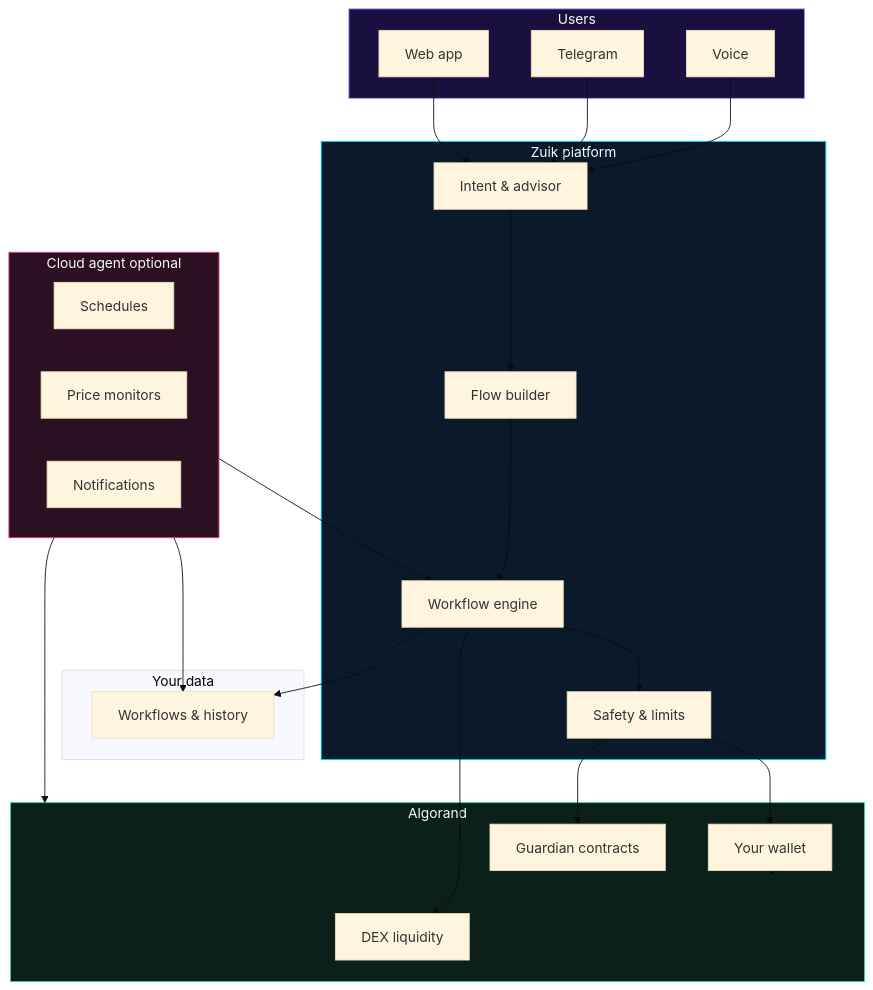
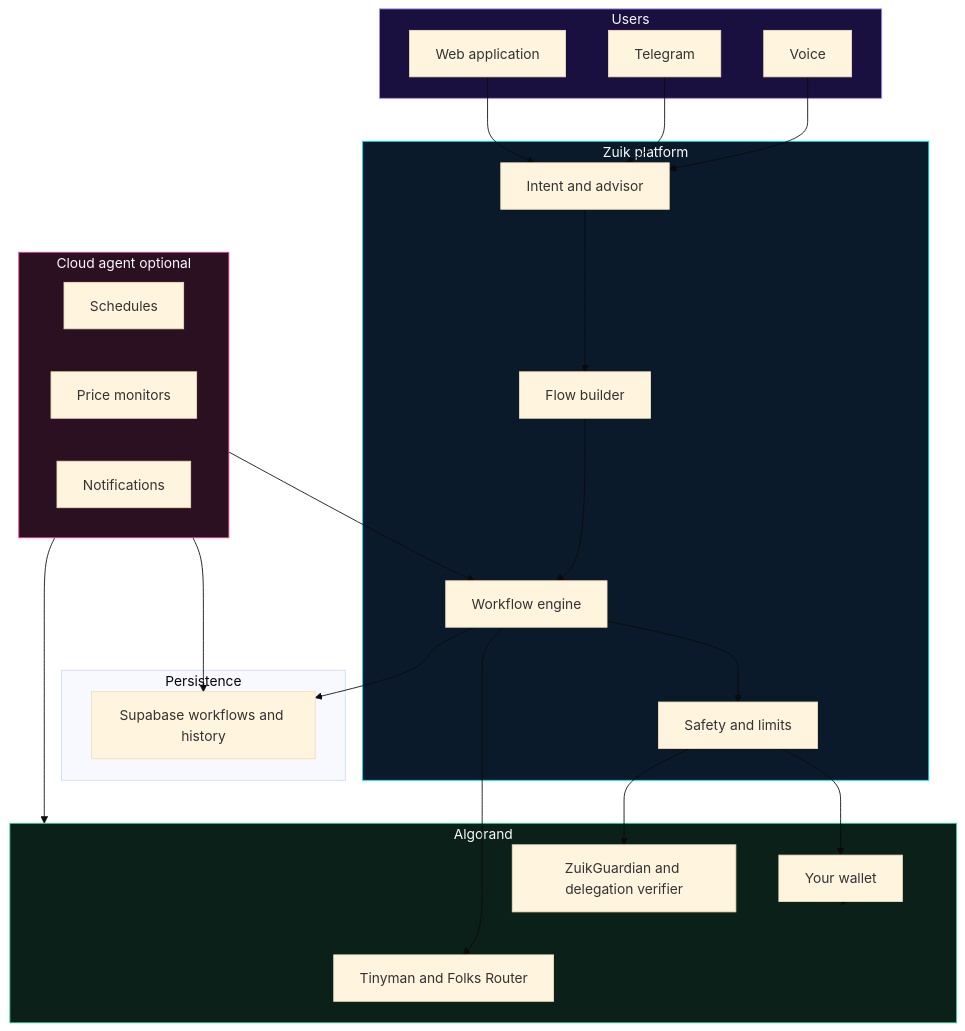
Before and after one commit to DarshanKrishna-DK/Zuik: the second of 4 diagrams in README.md, drawn with Mermaid (base theme). The commit also changed other lines of this file and 41 other files, not shown here.

````diff
--- a/README.md
+++ b/README.md
@@ -542,51 +157,51 @@
 ```mermaid
 graph TB
     subgraph USERS["Users"]
-        WEB["Web app"]
+        WEB["Web application"]
         TG["Telegram"]
         VOICE["Voice"]
     end
 
     subgraph PLATFORM["Zuik platform"]
-        INTENT["Intent & advisor"]
+        INTENT["Intent and advisor"]
         BUILDER["Flow builder"]
         EXEC["Workflow engine"]
-        SAFE["Safety & limits"]
+        SAFE["Safety and limits"]
     end
 
-    subgraph PERSIST["Your data"]
-        DB["Workflows & history"]
+    subgraph PERSIST["Persistence"]
+        DB["Supabase workflows and history"]
     end
 
     subgraph AGENT["Cloud agent optional"]
         SCHED["Schedules"]
         PRICE["Price monitors"]
         NOTIFY["Notifications"]
     end
 
     subgraph ALGORAND["Algorand"]
         WALLET["Your wallet"]
-        DEX["DEX liquidity"]
-        GUARD["Guardian contracts"]
+        SWAPS["Tinyman and Folks Router"]
+        GUARD["ZuikGuardian and delegation verifier"]
     end
 
     WEB --> INTENT
     VOICE --> INTENT
     TG --> INTENT
     INTENT --> BUILDER
     BUILDER --> EXEC
     EXEC --> SAFE
     SAFE --> WALLET
-    EXEC --> DEX
+    EXEC --> SWAPS
     SAFE --> GUARD
     EXEC --> DB
     AGENT --> EXEC
     AGENT --> DB
     AGENT --> ALGORAND
     WALLET --> ALGORAND
 
     style USERS fill:#1a1040,stroke:#a78bfa,color:#f8fafc
     style PLATFORM fill:#0a1a2a,stroke:#00e5ff,color:#f8fafc
     style AGENT fill:#2a1020,stroke:#ec4899,color:#f8fafc
     style ALGORAND fill:#0a2018,stroke:#34d399,color:#f8fafc
 ```
````
